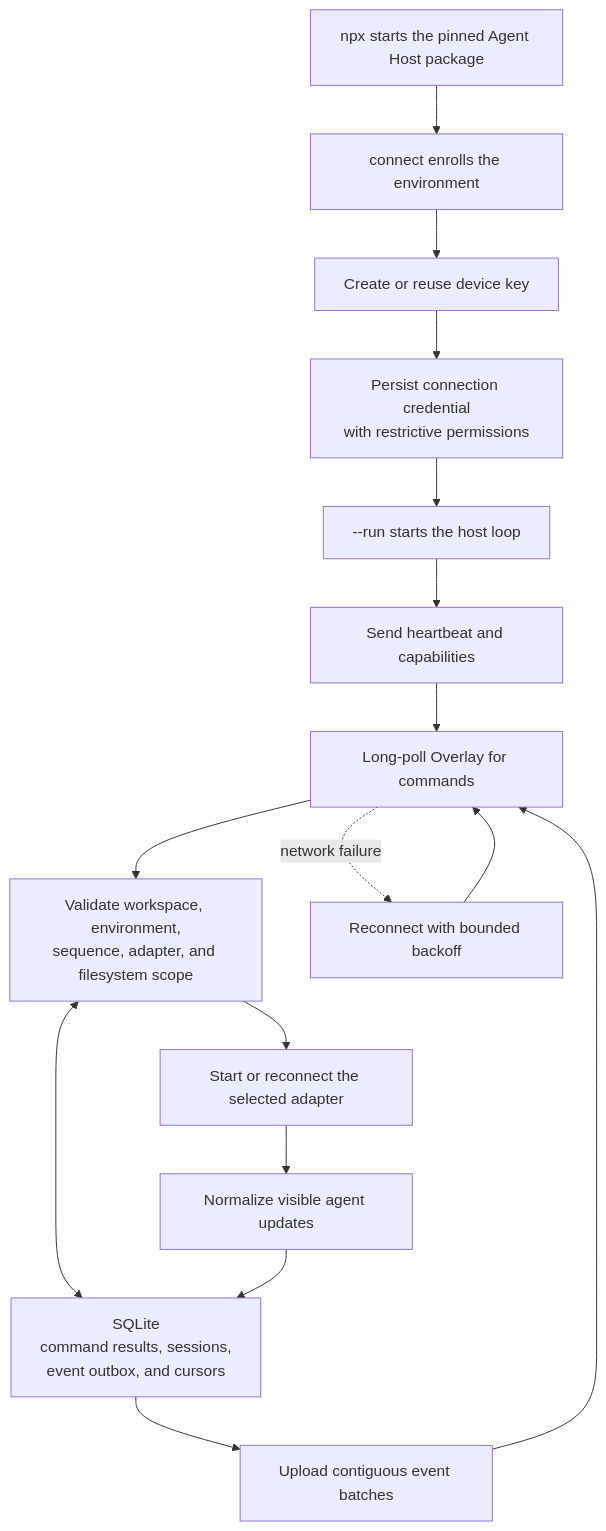
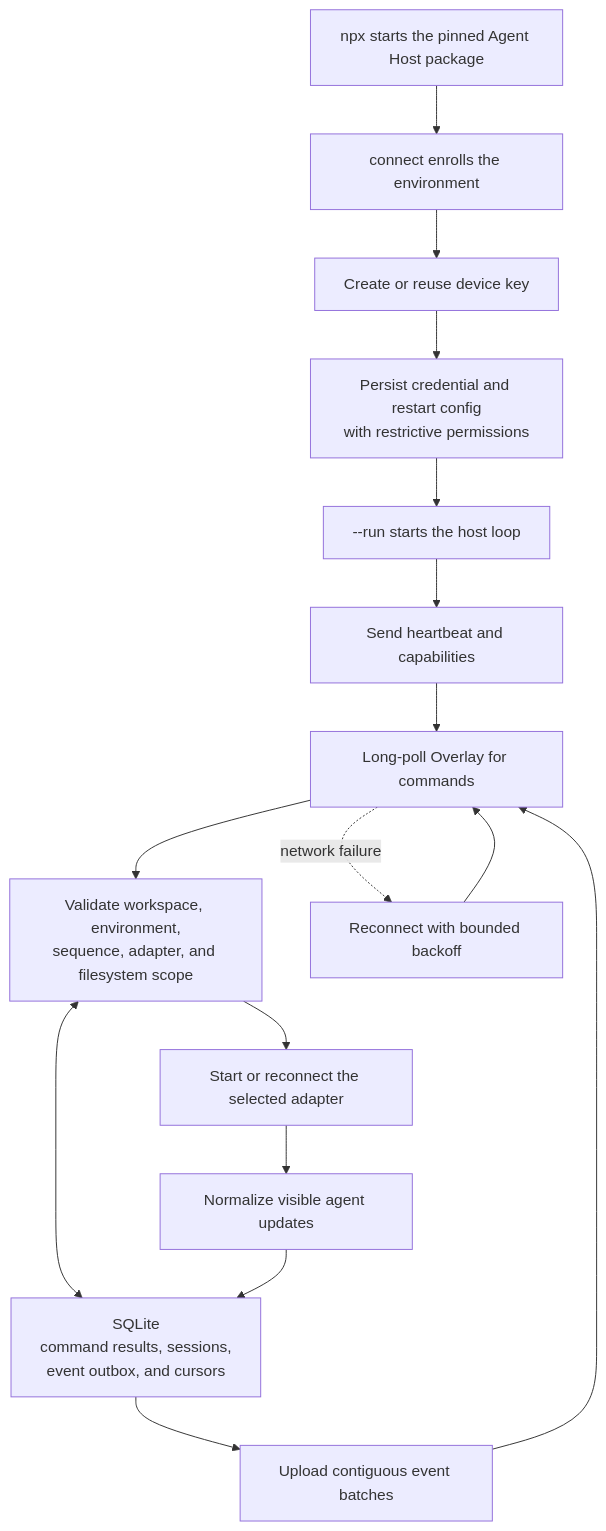
One commit to LayerNorm/overlay-web changed the fifth of 8 diagrams in docs/develop/bring-your-own-agents-architecture.md. Above: the diagram before and after it, drawn with Mermaid. The commit also changed other lines of this file and 26 other files, not shown here.

````diff
--- a/docs/develop/bring-your-own-agents-architecture.md
+++ b/docs/develop/bring-your-own-agents-architecture.md
@@ -174,24 +177,24 @@
 ```mermaid
 flowchart TD
     Start["npx starts the pinned Agent Host package"]
     Connect["connect enrolls the environment"]
     Key["Create or reuse device key"]
-    Save["Persist connection credential<br/>with restrictive permissions"]
+    Save["Persist credential and restart config<br/>with restrictive permissions"]
     Run["--run starts the host loop"]
     Heartbeat["Send heartbeat and capabilities"]
     Poll["Long-poll Overlay for commands"]
     Validate["Validate workspace, environment,<br/>sequence, adapter, and filesystem scope"]
     SQLite["SQLite<br/>command results, sessions,<br/>event outbox, and cursors"]
     Spawn["Start or reconnect the selected adapter"]
     Normalize["Normalize visible agent updates"]
     Upload["Upload contiguous event batches"]
     Retry["Reconnect with bounded backoff"]
 
     Start --> Connect --> Key --> Save --> Run
     Run --> Heartbeat --> Poll --> Validate
     Validate <--> SQLite
     Validate --> Spawn --> Normalize --> SQLite
     SQLite --> Upload --> Poll
     Poll -.->|"network failure"| Retry
     Retry --> Poll
 ```
````
